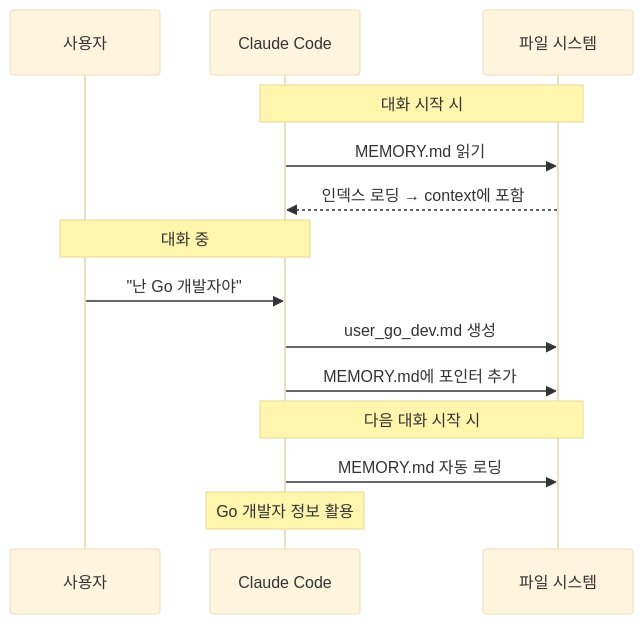
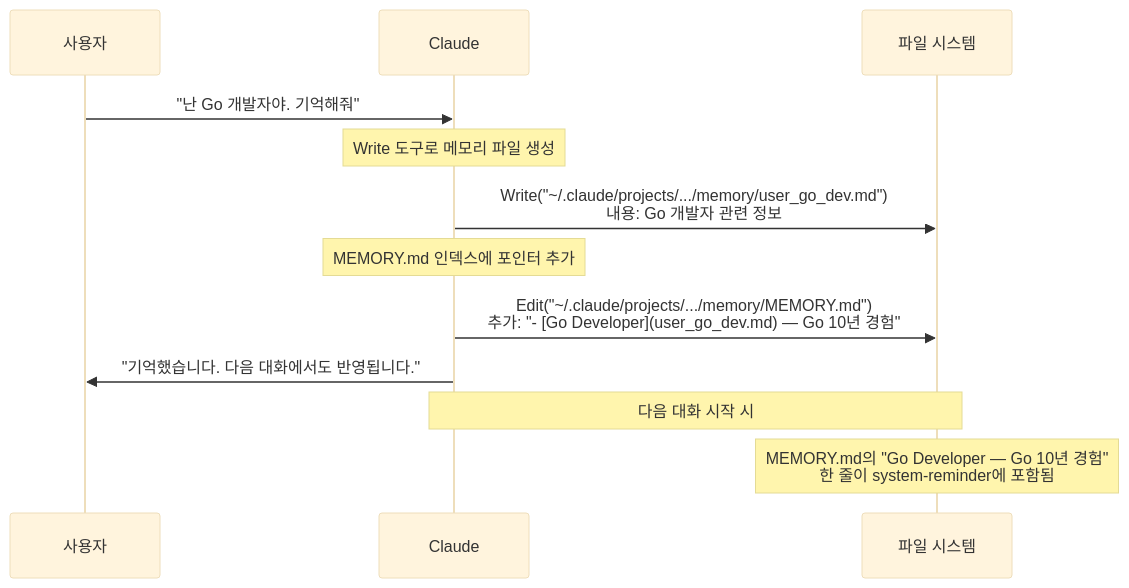
Before and after one commit to yunhwane/claude-code-study: the third of 3 diagrams in docs/context/memory.md, drawn with Mermaid (base theme). The commit also changed other lines of this file and 4 other files, not shown here.

````diff
--- a/docs/context/memory.md
+++ b/docs/context/memory.md
@@ -63,19 +85,21 @@
 ```mermaid
 sequenceDiagram
     participant User as 사용자
-    participant Claude as Claude Code
+    participant Claude as Claude
     participant FS as 파일 시스템
 
-    Note over Claude,FS: 대화 시작 시
-    Claude->>FS: MEMORY.md 읽기
-    FS-->>Claude: 인덱스 로딩 → context에 포함
+    User->>Claude: "난 Go 개발자야. 기억해줘"
 
-    Note over User,Claude: 대화 중
-    User->>Claude: "난 Go 개발자야"
-    Claude->>FS: user_go_dev.md 생성
-    Claude->>FS: MEMORY.md에 포인터 추가
+    Note over Claude: Write 도구로 메모리 파일 생성
+
+    Claude->>FS: Write("~/.claude/projects/.../memory/user_go_dev.md")<br/>내용: Go 개발자 관련 정보
+
+    Note over Claude: MEMORY.md 인덱스에 포인터 추가
+
+    Claude->>FS: Edit("~/.claude/projects/.../memory/MEMORY.md")<br/>추가: "- [Go Developer](user_go_dev.md) — Go 10년 경험"
+
+    Claude->>User: "기억했습니다. 다음 대화에서도 반영됩니다."
 
     Note over Claude,FS: 다음 대화 시작 시
-    Claude->>FS: MEMORY.md 자동 로딩
-    Note over Claude: Go 개발자 정보 활용
+    Note over FS: MEMORY.md의 "Go Developer — Go 10년 경험"<br/>한 줄이 system-reminder에 포함됨
 ```
````
